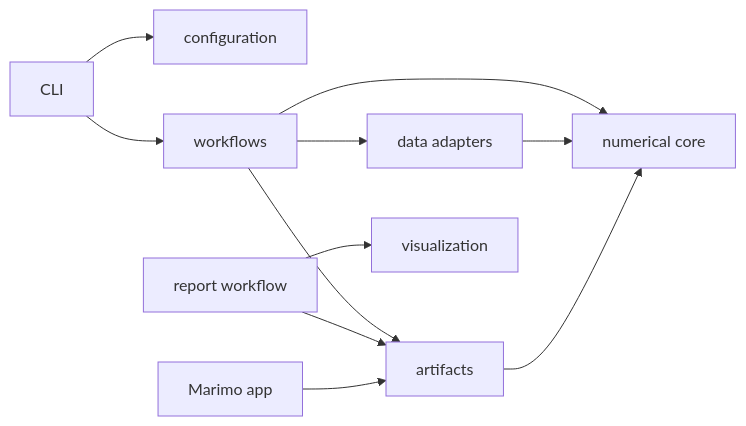
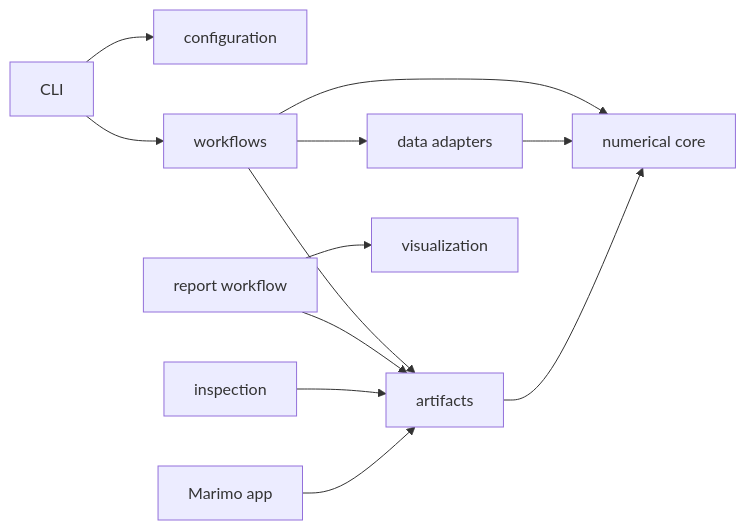
Before and after one commit to Mynanase/halo_mw_LMC: the diagram in docs/architecture.md, drawn with Mermaid. The commit also changed other lines of this file and 57 other files, not shown here.

````diff
--- a/docs/architecture.md
+++ b/docs/architecture.md
@@ -27,13 +27,14 @@
 ```mermaid
 flowchart LR
     CLI["CLI"] --> CFG["configuration"]
     CLI --> WF["workflows"]
     WF --> DATA["data adapters"]
     WF --> ART["artifacts"]
     WF --> CORE["numerical core"]
     DATA --> CORE
     ART --> CORE
     REPORT["report workflow"] --> VIS["visualization"]
     REPORT --> ART
+    INSPECT["inspection"] --> ART
     MARIMO["Marimo app"] --> ART
 ```
````
